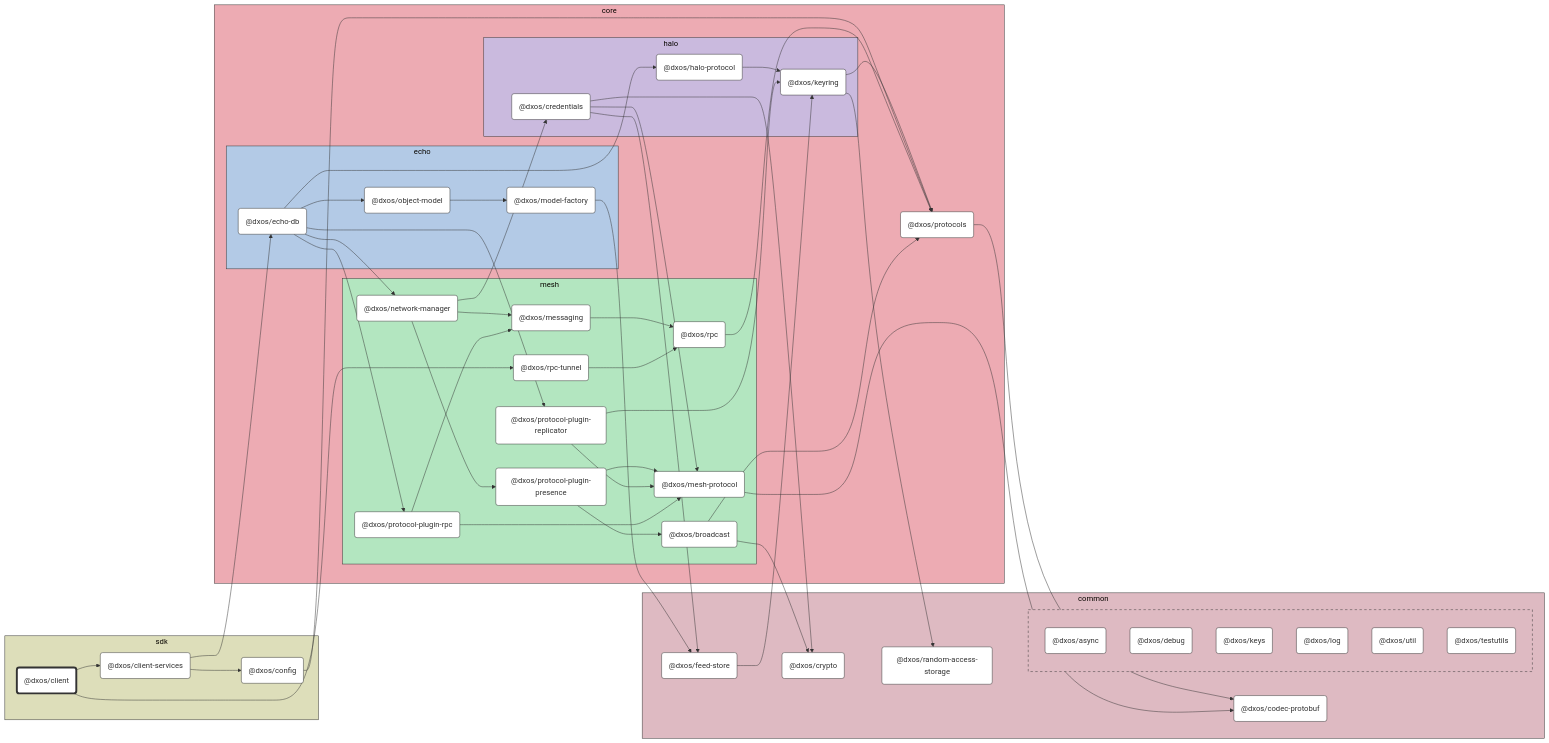
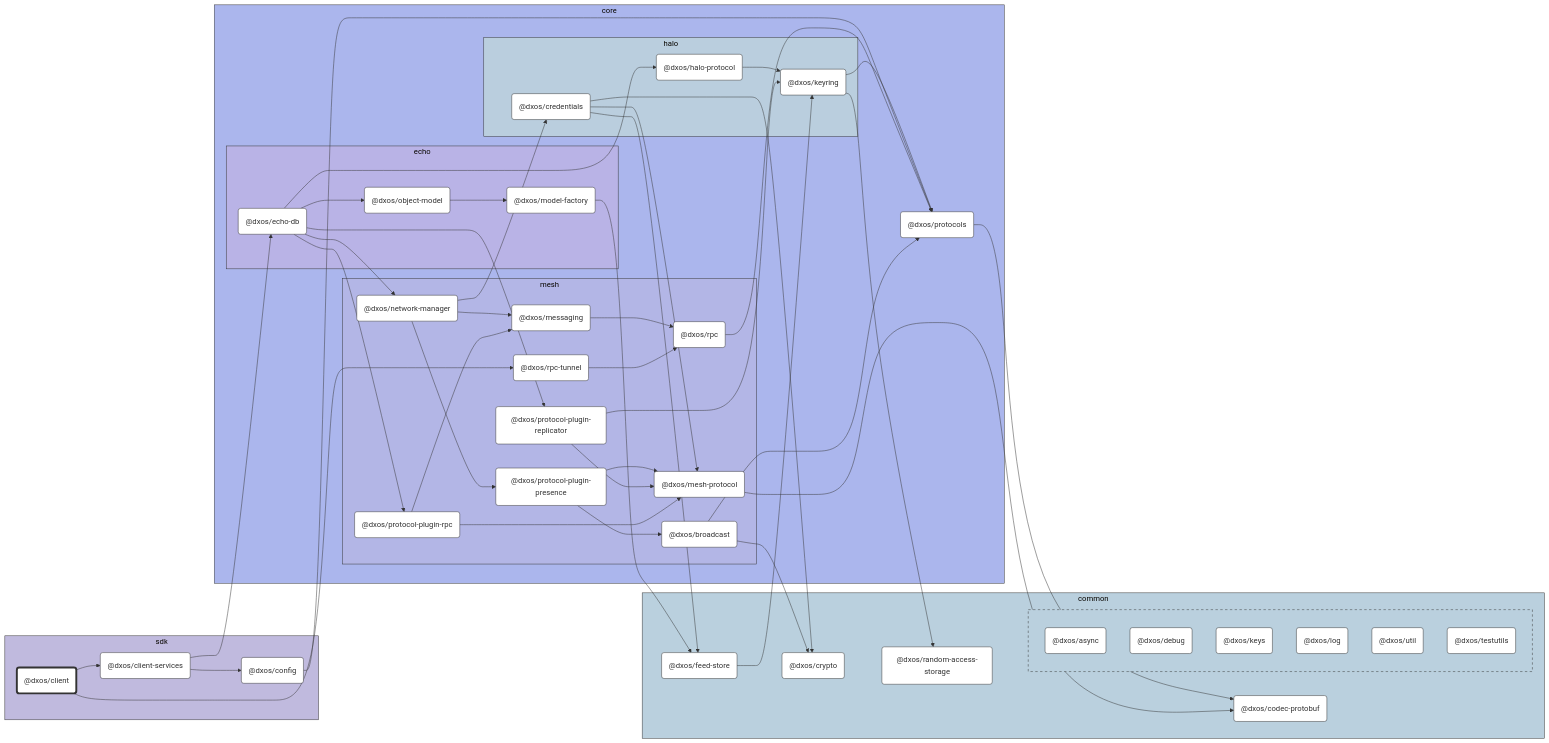
The diagram in packages/sdk/client/docs/README.md (dxos/dxos), drawn with Mermaid (base theme) before and after one commit. The commit also changed 86 other files, not shown here.

```diff
--- a/packages/sdk/client/docs/README.md
+++ b/packages/sdk/client/docs/README.md
@@ -16,7 +16,7 @@
 %% Nodes
 
 subgraph sdk [sdk]
-  style sdk fill:#dddeba,stroke:#333
+  style sdk fill:#c0bade,stroke:#333
   dxos/client("@dxos/client"):::root
   click dxos/client "dxos/dxos/tree/main/packages/sdk/client/docs"
   dxos/client-services("@dxos/client-services"):::def
@@ -26,7 +26,7 @@
 end
 
 subgraph common [common]
-  style common fill:#debac2,stroke:#333
+  style common fill:#bad0de,stroke:#333
   dxos/codec-protobuf("@dxos/codec-protobuf"):::def
   click dxos/codec-protobuf "dxos/dxos/tree/main/packages/common/codec-protobuf/docs"
   dxos/crypto("@dxos/crypto"):::def
@@ -37,7 +37,7 @@
   click dxos/random-access-storage "dxos/dxos/tree/main/packages/common/random-access-storage/docs"
 
   subgraph _ [ ]
-    style _ fill:#debac2,stroke:#333,stroke-dasharray:5 5
+    style _ fill:#bad0de,stroke:#333,stroke-dasharray:5 5
     dxos/async("@dxos/async"):::def
     click dxos/async "dxos/dxos/tree/main/packages/common/async/docs"
     dxos/debug("@dxos/debug"):::def
@@ -54,12 +54,12 @@
 end
 
 subgraph core [core]
-  style core fill:#edabb3,stroke:#333
+  style core fill:#abb6ed,stroke:#333
   dxos/protocols("@dxos/protocols"):::def
   click dxos/protocols "dxos/dxos/tree/main/packages/core/protocols/docs"
 
   subgraph halo [halo]
-    style halo fill:#cabade,stroke:#333
+    style halo fill:#bacede,stroke:#333
     dxos/credentials("@dxos/credentials"):::def
     click dxos/credentials "dxos/dxos/tree/main/packages/core/halo/credentials/docs"
     dxos/keyring("@dxos/keyring"):::def
@@ -69,7 +69,7 @@
   end
 
   subgraph mesh [mesh]
-    style mesh fill:#b3e6c0,stroke:#333
+    style mesh fill:#b3b6e6,stroke:#333
     dxos/mesh-protocol("@dxos/mesh-protocol"):::def
     click dxos/mesh-protocol "dxos/dxos/tree/main/packages/core/mesh/mesh-protocol/docs"
     dxos/messaging("@dxos/messaging"):::def
@@ -91,7 +91,7 @@
   end
 
   subgraph echo [echo]
-    style echo fill:#b3cae6,stroke:#333
+    style echo fill:#b9b3e6,stroke:#333
     dxos/echo-db("@dxos/echo-db"):::def
     click dxos/echo-db "dxos/dxos/tree/main/packages/core/echo/echo-db/docs"
     dxos/model-factory("@dxos/model-factory"):::def
```
